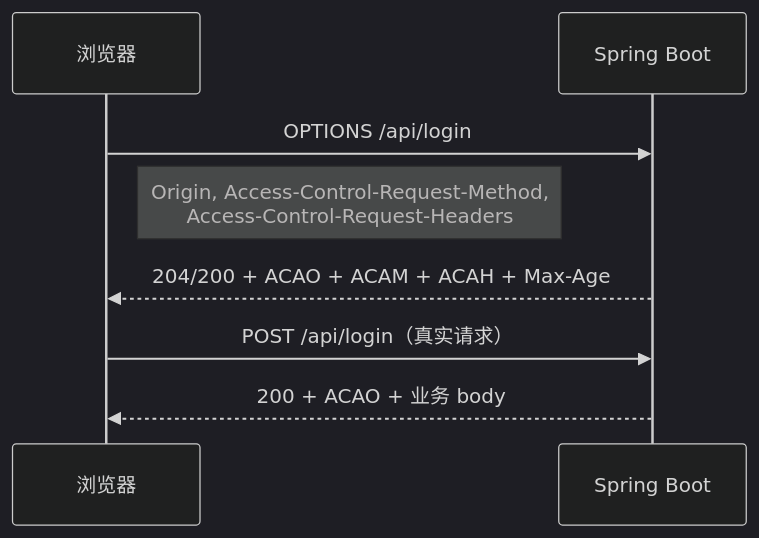
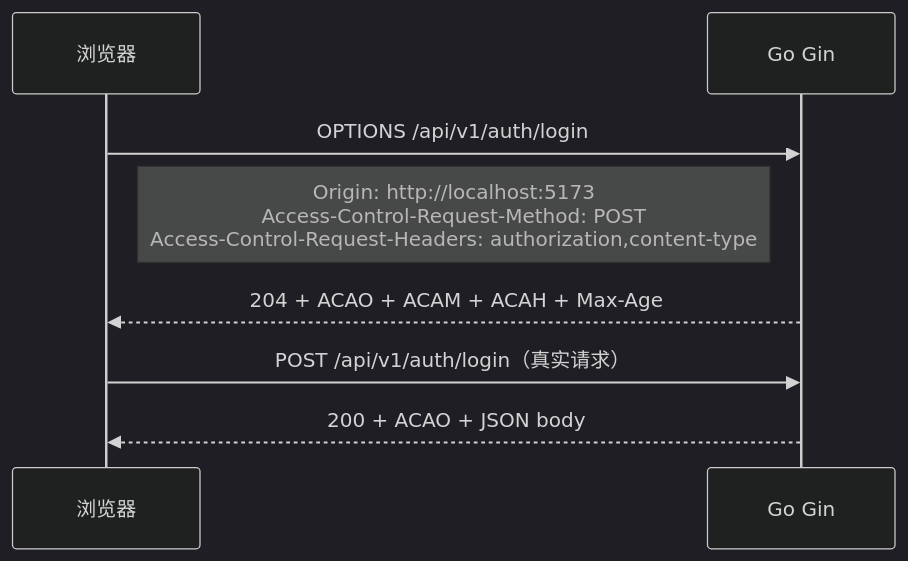
The sixth of 7 diagrams in 前端学习/计算机网络/06-缓存Cookie与会话机制.md (moqix26/study), drawn with Mermaid (dark theme) before and after one commit. The commit also changed other lines of this file and 10 other files, not shown here.

````diff
--- a/前端学习/计算机网络/06-缓存Cookie与会话机制.md
+++ b/前端学习/计算机网络/06-缓存Cookie与会话机制.md
@@ -577,11 +671,11 @@
 ```mermaid
 sequenceDiagram
     participant B as 浏览器
-    participant S as Spring Boot
+    participant G as Go Gin
 
-    B->>S: OPTIONS /api/login
-    Note right of B: Origin, Access-Control-Request-Method,<br/>Access-Control-Request-Headers
-    S-->>B: 204/200 + ACAO + ACAM + ACAH + Max-Age
-    B->>S: POST /api/login（真实请求）
-    S-->>B: 200 + ACAO + 业务 body
+    B->>G: OPTIONS /api/v1/auth/login
+    Note right of B: Origin: http://localhost:5173<br/>Access-Control-Request-Method: POST<br/>Access-Control-Request-Headers: authorization,content-type
+    G-->>B: 204 + ACAO + ACAM + ACAH + Max-Age
+    B->>G: POST /api/v1/auth/login（真实请求）
+    G-->>B: 200 + ACAO + JSON body
 ```
````
